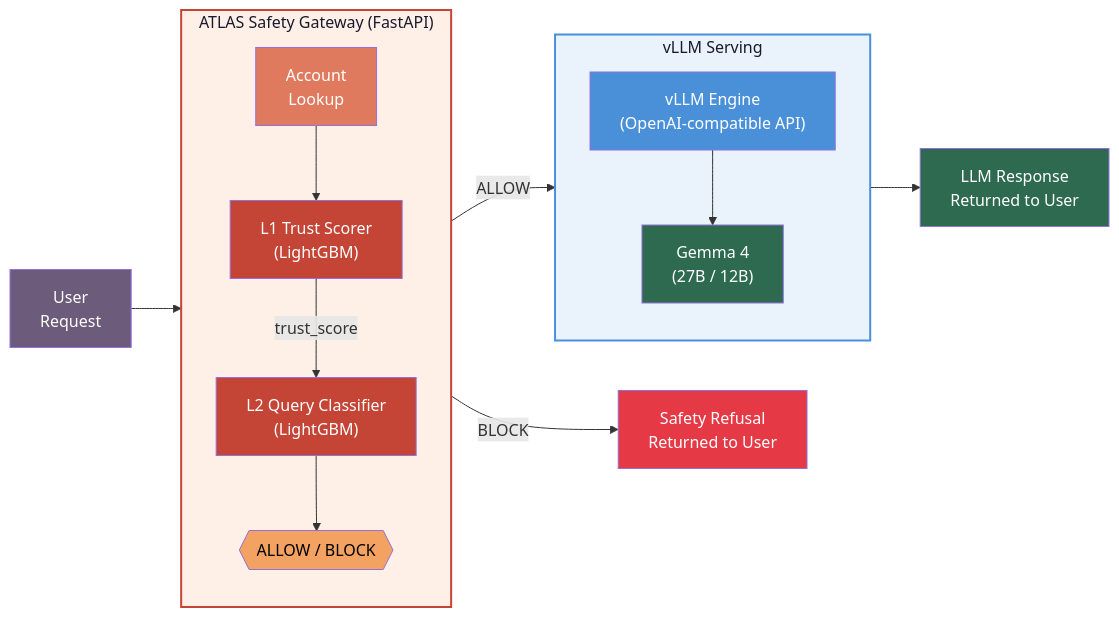
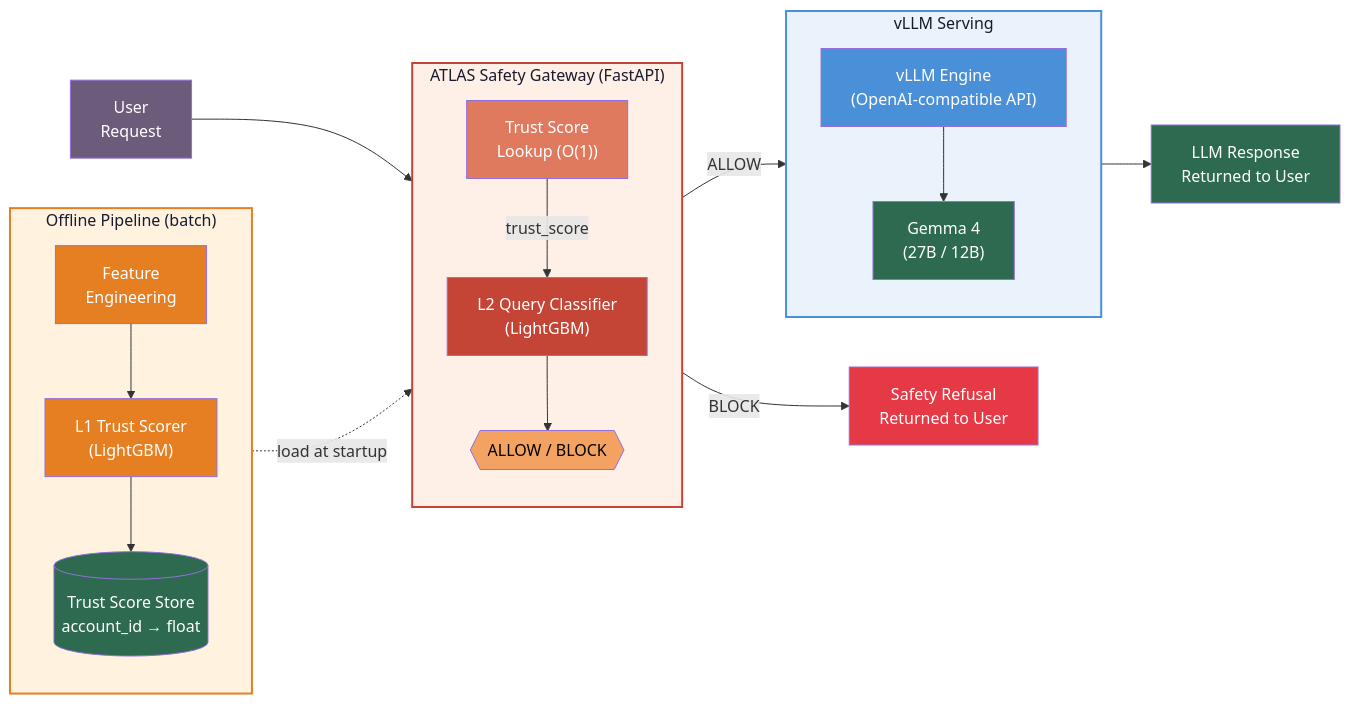
The first of 3 diagrams in DEPLOYMENT.md (prashantkul/atlas), drawn with Mermaid before and after one commit. The commit also changed other lines of this file and 1 other file, not shown here.

Commit message:
refactor: gateway loads precomputed trust scores — no L1 inference or raw features at request time

````diff
--- a/DEPLOYMENT.md
+++ b/DEPLOYMENT.md
@@ -7,39 +11,49 @@
 ```mermaid
 flowchart LR
   user["User\nRequest"]
 
+  subgraph OFFLINE ["Offline Pipeline (batch)"]
+    direction TB
+    feat["Feature\nEngineering"]
+    l1["L1 Trust Scorer\n(LightGBM)"]
+    store[("Trust Score Store\naccount_id → float")]
+    feat --> l1 --> store
+  end
+
   subgraph GATEWAY ["ATLAS Safety Gateway (FastAPI)"]
     direction TB
-    auth["Account\nLookup"]
-    l1["L1 Trust Scorer\n(LightGBM)"]
+    lookup["Trust Score\nLookup (O(1))"]
     l2["L2 Query Classifier\n(LightGBM)"]
     decision{{"ALLOW / BLOCK"}}
-    auth --> l1
-    l1 -->|"trust_score"| l2
+    lookup -->|"trust_score"| l2
     l2 --> decision
   end
 
   subgraph LLM ["vLLM Serving"]
     direction TB
     vllm["vLLM Engine\n(OpenAI-compatible API)"]
     gemma["Gemma 4\n(27B / 12B)"]
     vllm --> gemma
   end
 
+  store -.->|"load at startup"| lookup
   user --> GATEWAY
   decision -->|"ALLOW"| vllm
   decision -->|"BLOCK"| blocked["Safety Refusal\nReturned to User"]
   gemma --> response["LLM Response\nReturned to User"]
 
+  style OFFLINE fill:#fff3e0,stroke:#e67e22,stroke-width:2px,color:#1a1a2e
   style GATEWAY fill:#fef0e6,stroke:#c44536,stroke-width:2px,color:#1a1a2e
   style LLM fill:#eaf2fb,stroke:#4a90d9,stroke-width:2px,color:#1a1a2e
   style user fill:#6c5b7b,color:#fff
-  style auth fill:#e07a5f,color:#fff
-  style l1 fill:#c44536,color:#fff
+  style feat fill:#e67e22,color:#fff
+  style l1 fill:#e67e22,color:#fff
+  style store fill:#2d6a4f,color:#fff
+  style lookup fill:#e07a5f,color:#fff
   style l2 fill:#c44536,color:#fff
   style decision fill:#f4a261,color:#000
   style vllm fill:#4a90d9,color:#fff
   style gemma fill:#2d6a4f,color:#fff
   style blocked fill:#e63946,color:#fff
   style response fill:#2d6a4f,color:#fff
 ```
````
